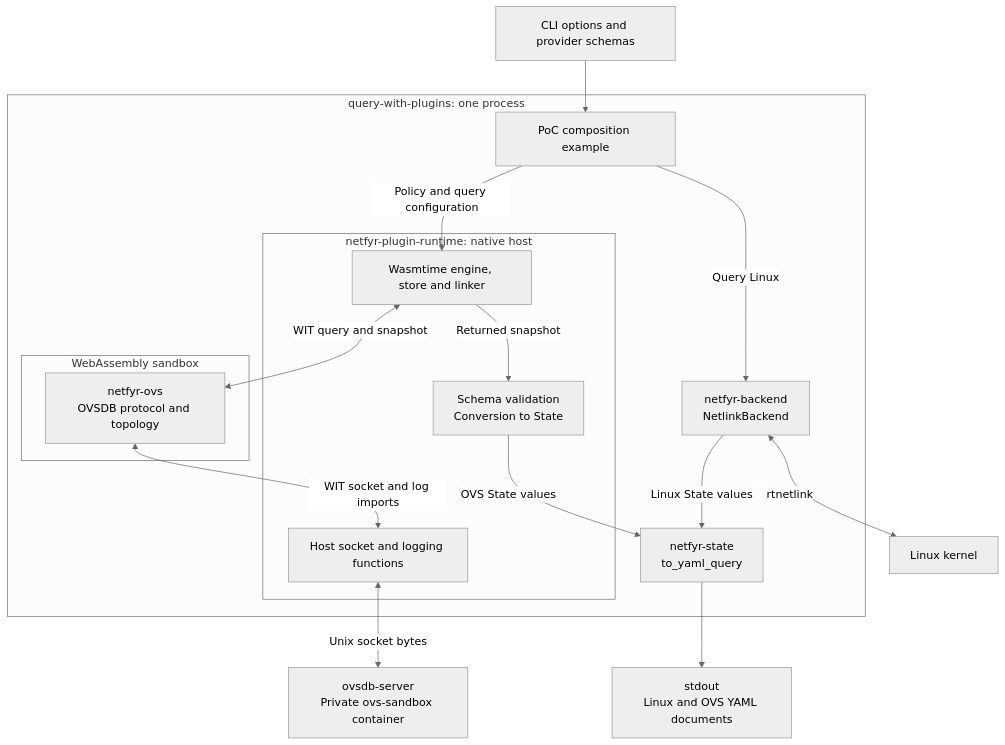
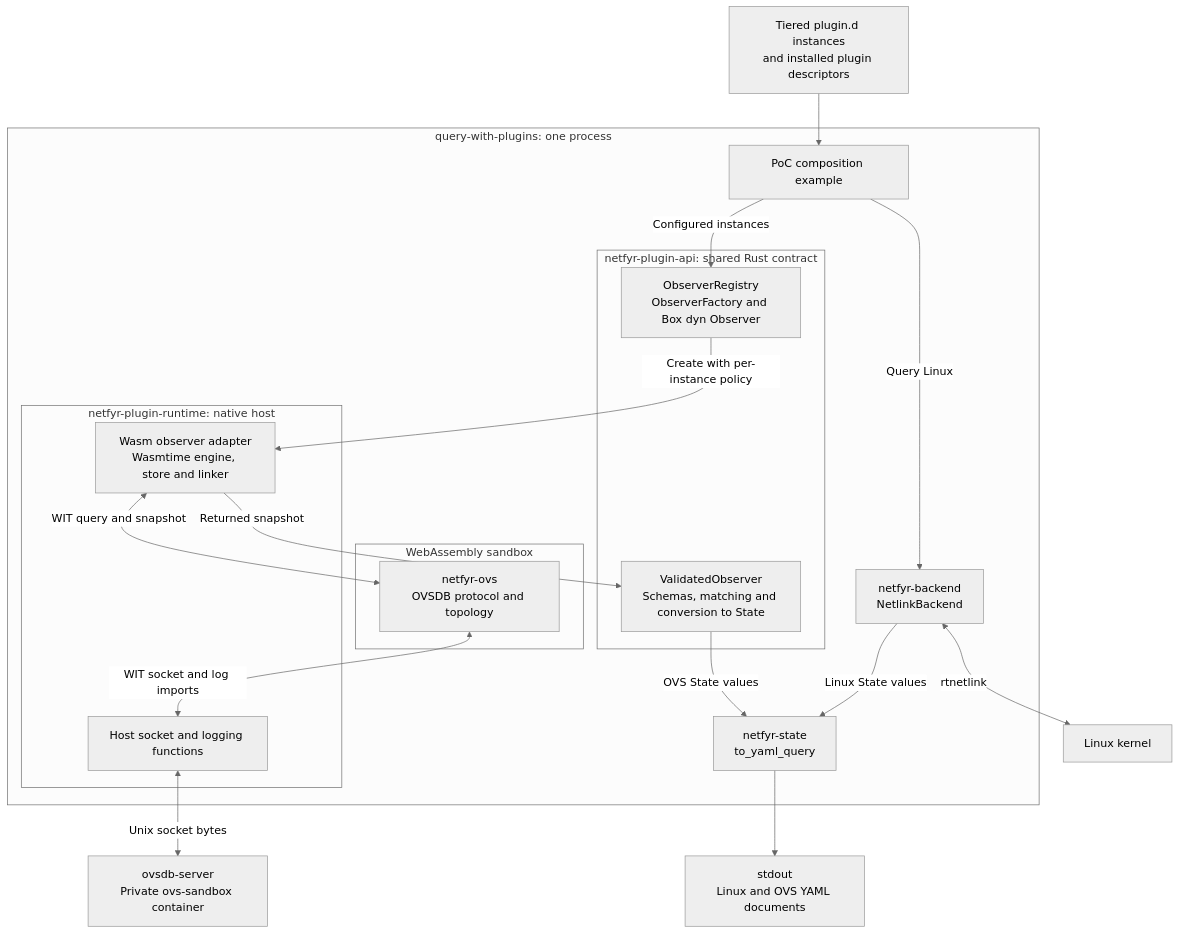
The first of 4 diagrams in docs/plugin-poc.md (qinqon/netfyr), drawn with Mermaid (neutral theme) before and after one commit. The commit also changed other lines of this file and 26 other files, not shown here.

````diff
--- a/docs/plugin-poc.md
+++ b/docs/plugin-poc.md
@@ -32,30 +44,34 @@
 ```mermaid
 flowchart TB
-    Inputs["CLI options and provider schemas"] --> Example
+    Inputs["Tiered plugin.d instances<br/>and installed plugin descriptors"] --> Example
 
     subgraph Process["query-with-plugins: one process"]
         Example["PoC composition example"]
         Backend["netfyr-backend<br/>NetlinkBackend"]
+        subgraph API["netfyr-plugin-api: shared Rust contract"]
+            Registry["ObserverRegistry<br/>ObserverFactory and Box dyn Observer"]
+            Validation["ValidatedObserver<br/>Schemas, matching and conversion to State"]
+        end
         subgraph Host["netfyr-plugin-runtime: native host"]
-            Runtime["Wasmtime engine, store and linker"]
+            Runtime["Wasm observer adapter<br/>Wasmtime engine, store and linker"]
             Calls["Host socket and logging functions"]
-            Validation["Schema validation<br/>Conversion to State"]
         end
         subgraph Sandbox["WebAssembly sandbox"]
             Guest["netfyr-ovs<br/>OVSDB protocol and topology"]
         end
         YAML["netfyr-state<br/>to_yaml_query"]
 
         Example -->|Query Linux| Backend
-        Example -->|Policy and query configuration| Runtime
+        Example -->|Configured instances| Registry
+        Registry -->|Create with per-instance policy| Runtime
         Runtime <-->|WIT query and snapshot| Guest
         Guest <-->|WIT socket and log imports| Calls
         Runtime -->|Returned snapshot| Validation
         Backend -->|Linux State values| YAML
         Validation -->|OVS State values| YAML
     end
 
     Backend <-->|rtnetlink| Kernel["Linux kernel"]
     Calls <-->|Unix socket bytes| DB["ovsdb-server<br/>Private ovs-sandbox container"]
     YAML --> Output["stdout<br/>Linux and OVS YAML documents"]
 ```
````
